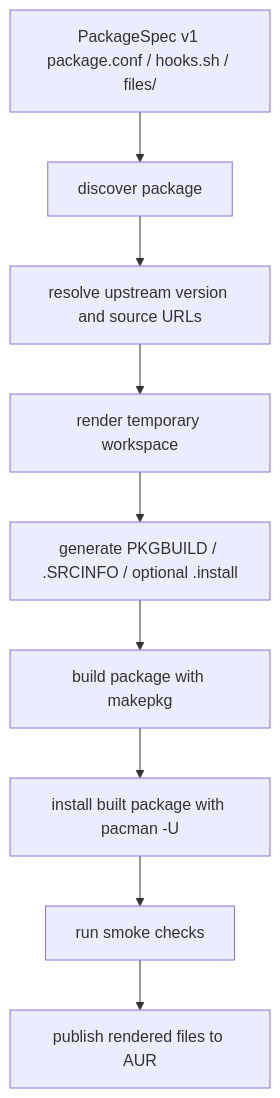
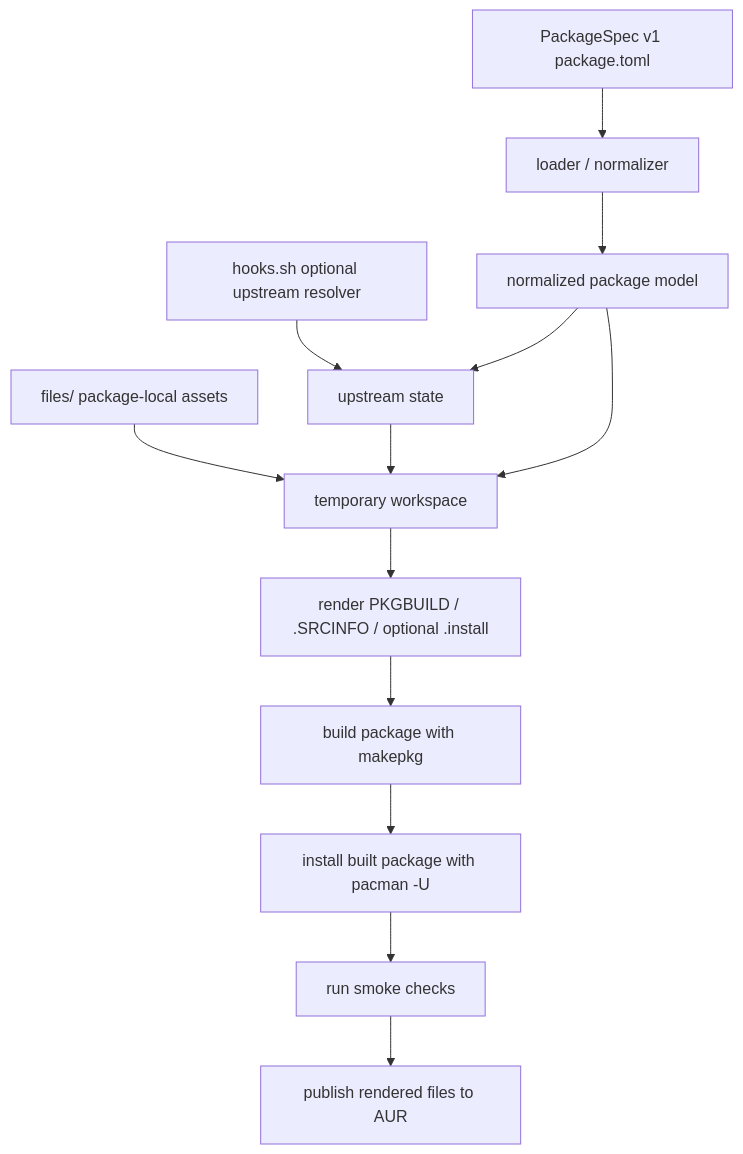
Before and after one commit to theorangeguo/aur-packages: the first of 5 diagrams in docs/WORKFLOW.md, drawn with Mermaid. The commit also changed other lines of this file and 28 other files, not shown here.

Commit message:
feat: use TOML PackageSpec frontend

````diff
--- a/docs/WORKFLOW.md
+++ b/docs/WORKFLOW.md
@@ -27,11 +27,16 @@
 ```mermaid
 flowchart TD
-    A[PackageSpec v1 package.conf / hooks.sh / files/] --> B[discover package]
-    B --> C[resolve upstream version and source URLs]
-    C --> D[render temporary workspace]
-    D --> E[generate PKGBUILD / .SRCINFO / optional .install]
-    E --> F[build package with makepkg]
-    F --> G[install built package with pacman -U]
-    G --> H[run smoke checks]
-    H --> I[publish rendered files to AUR]
+    A[PackageSpec v1 package.toml] --> B[loader / normalizer]
+    C[hooks.sh optional upstream resolver] --> D[upstream state]
+    E[files/ package-local assets] --> F[temporary workspace]
+
+    B --> G[normalized package model]
+    G --> D
+    D --> F
+    G --> F
+    F --> H[render PKGBUILD / .SRCINFO / optional .install]
+    H --> I[build package with makepkg]
+    I --> J[install built package with pacman -U]
+    J --> K[run smoke checks]
+    K --> L[publish rendered files to AUR]
 ```
````
